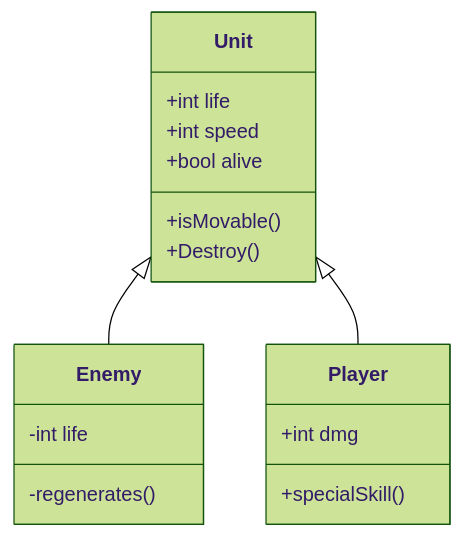
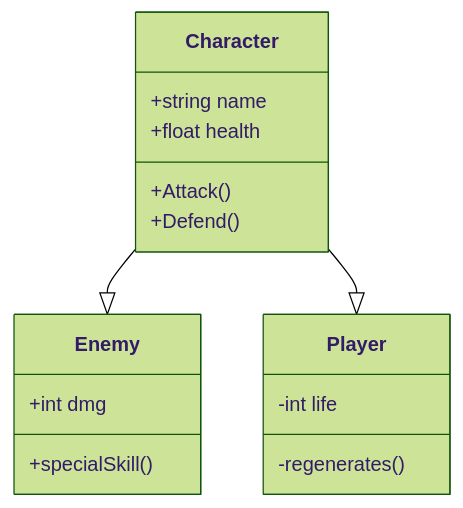
Before and after one commit to j5x/PvB2025: the second of 2 diagrams in README.md, drawn with Mermaid (forest theme).

Commit message:
Update README.md
Updated Entity Diagram to display the Character class composition as of right now

````diff
--- a/README.md
+++ b/README.md
@@ -73,19 +73,18 @@
 ```mermaid
 classDiagram
 
-Unit <|-- Enemy
-Unit <|-- Player
-Unit : +int life
-Unit : +int speed
-Unit : +bool alive
-Unit: +isMovable()
-Unit: +Destroy()
-class Enemy{
+Character --|> Enemy
+Character --|> Player
+Character : +string name
+Character : +float health
+Character: +Attack()
+Character: +Defend()
+class Player{
 -int life
 -regenerates()
 }
-class Player{
+class Enemy{
 +int dmg
 +specialSkill()
 }
 ```
````
